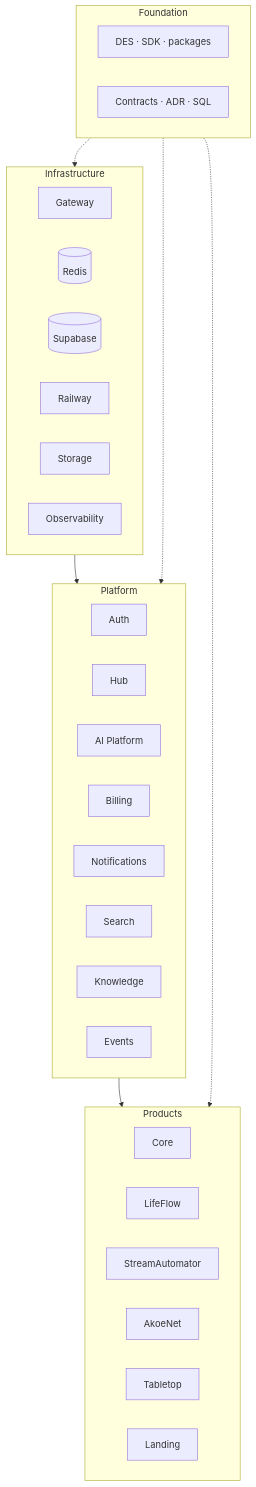
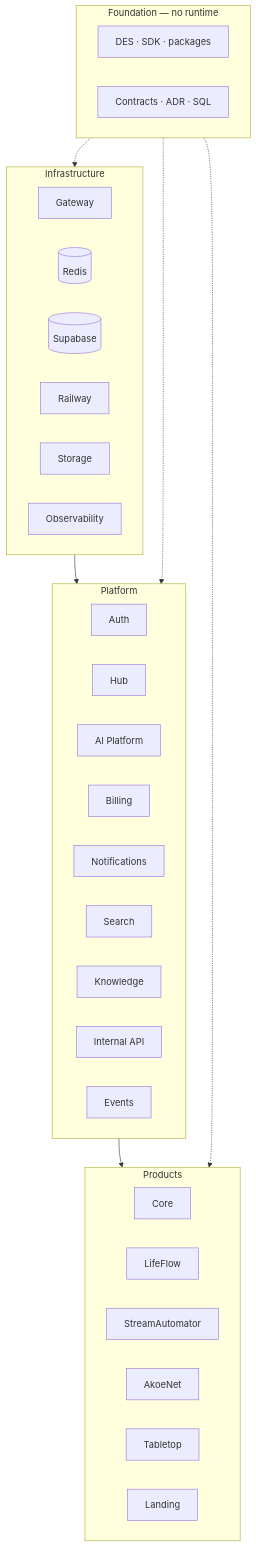
The first of 16 diagrams in docs/ARCHITECTURE.md (dakinissystems/dakinis-systems), drawn with Mermaid before and after one commit. The commit also changed other lines of this file and 71 other files, not shown here.

First line of the commit message:
docs: consolidate platform docs and add mermaid architecture

````diff
--- a/docs/ARCHITECTURE.md
+++ b/docs/ARCHITECTURE.md
@@ -20,42 +36,43 @@
 ```mermaid
 flowchart TB
-  subgraph foundation [Foundation]
+  subgraph foundation [Foundation — no runtime]
     DES[DES · SDK · packages]
     CTR[Contracts · ADR · SQL]
   end
 
   subgraph infra [Infrastructure]
     GW[Gateway]
     REDIS[(Redis)]
     SB[(Supabase)]
     RAIL[Railway]
     STOR[Storage]
     OBS[Observability]
   end
 
   subgraph platform [Platform]
     AUTH[Auth]
     HUB[Hub]
     AI[AI Platform]
     BILL[Billing]
     NOTIF[Notifications]
     SRCH[Search]
     KNOW[Knowledge]
+    INT[Internal API]
     EVT[Events]
   end
 
   subgraph products [Products]
     CORE[Core]
     LF[LifeFlow]
     SA[StreamAutomator]
     AN[AkoeNet]
     TT[Tabletop]
     LAND[Landing]
   end
 
   infra --> platform
   platform --> products
   foundation -.-> infra
   foundation -.-> platform
   foundation -.-> products
 ```
````
